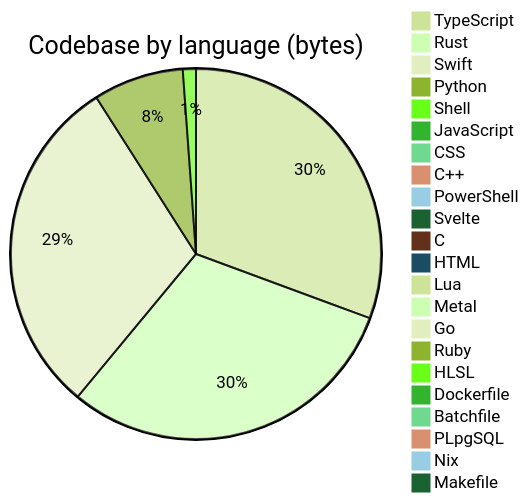
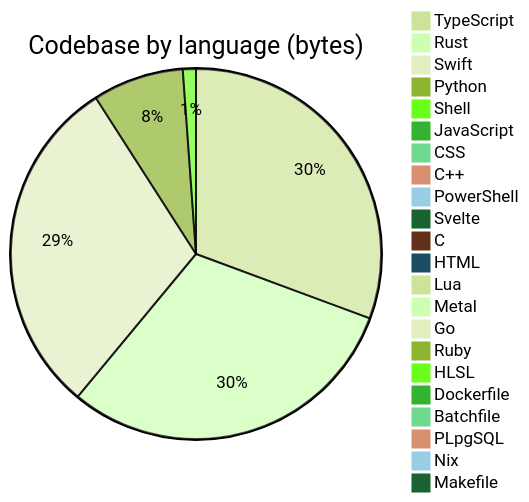
Before and after one commit to Open330/.github: the diagram in profile/README.md, drawn with Mermaid (forest theme). The commit also changed other lines of this file and 1 other file, not shown here.

````diff
--- a/profile/README.md
+++ b/profile/README.md
@@ -139,25 +139,25 @@
 ```mermaid
 pie title Codebase by language (bytes)
-    "TypeScript" : 39050129
-    "Rust" : 38740782
-    "Swift" : 38202663
-    "Python" : 10045598
+    "TypeScript" : 39095646
+    "Rust" : 38745706
+    "Swift" : 38152996
+    "Python" : 10124510
     "Shell" : 1456181
     "JavaScript" : 986245
-    "CSS" : 504737
+    "CSS" : 507754
     "C++" : 388775
     "PowerShell" : 333788
     "Svelte" : 275766
     "C" : 197825
     "HTML" : 168440
     "Lua" : 48814
     "Metal" : 33192
     "Go" : 22811
     "Ruby" : 8992
     "HLSL" : 7527
     "Dockerfile" : 7454
     "Batchfile" : 5660
-    "PLpgSQL" : 4339
+    "PLpgSQL" : 5283
     "Nix" : 3168
     "Makefile" : 1692
 ```
````
